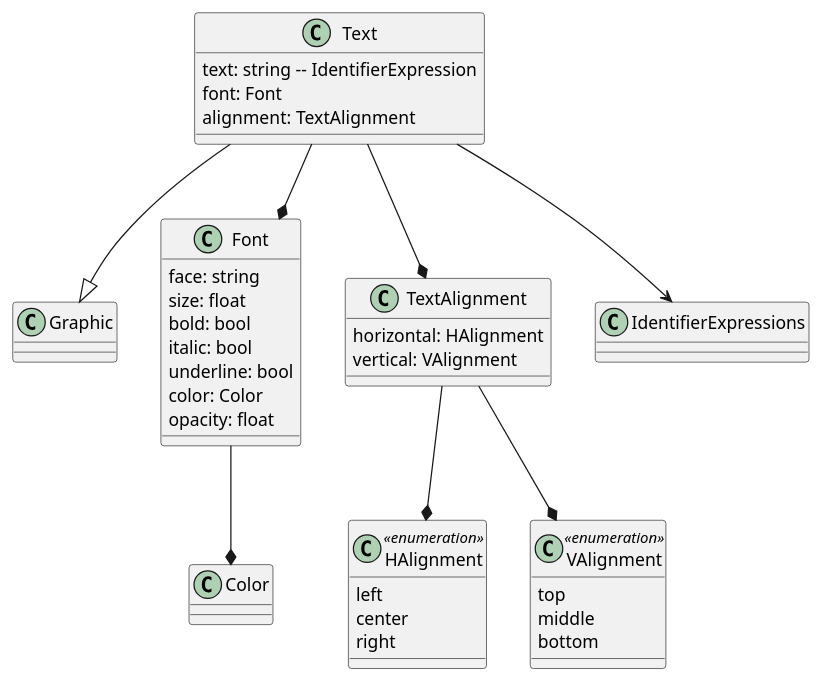
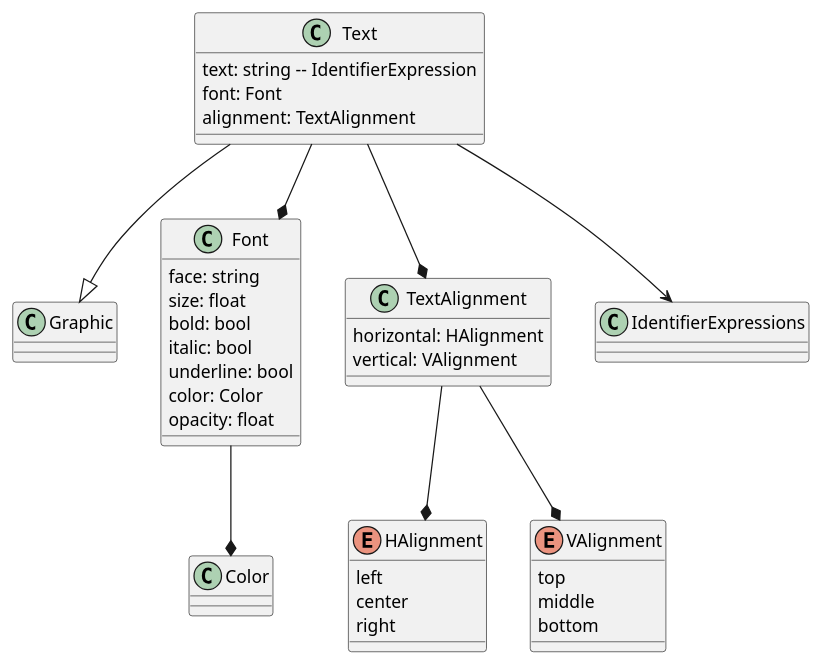
One commit to opengeospatial/styles-and-symbology changed diagram 11 of 11 in core/sections/clause_8_vector.adoc. Above: the diagram before and after it, drawn with PlantUML. The commit also changed other lines of this file and 8 other files, not shown here.

Commit message:
correction to plantuml naming conventions

```diff
--- a/core/sections/clause_8_vector.adoc
+++ b/core/sections/clause_8_vector.adoc
@@ -409,34 +409,34 @@
 [plantuml, target=diagram-classes, format=png]
 ....
 Text --|> Graphic
 Text : text: string -- IdentifierExpression
 Text : font: Font
 Text : alignment: TextAlignment
 Text --* Font
 Text --* TextAlignment
 Text --> IdentifierExpressions
 
 Font : face: string
 Font : size: float
 Font : bold: bool
 Font : italic: bool
 Font : underline: bool
 Font : color: Color
 Font : opacity: float
 Font --* Color
 
 TextAlignment : horizontal: HAlignment
 TextAlignment : vertical: VAlignment
 TextAlignment --* HAlignment
 TextAlignment --* VAlignment
 
-class HAlignment <<enumeration>>
+enum HAlignment
 HAlignment : left
 HAlignment : center
 HAlignment : right
 
-class VAlignment <<enumeration>>
+enum VAlignment
 VAlignment : top
 VAlignment : middle
 VAlignment : bottom
 ....
```
